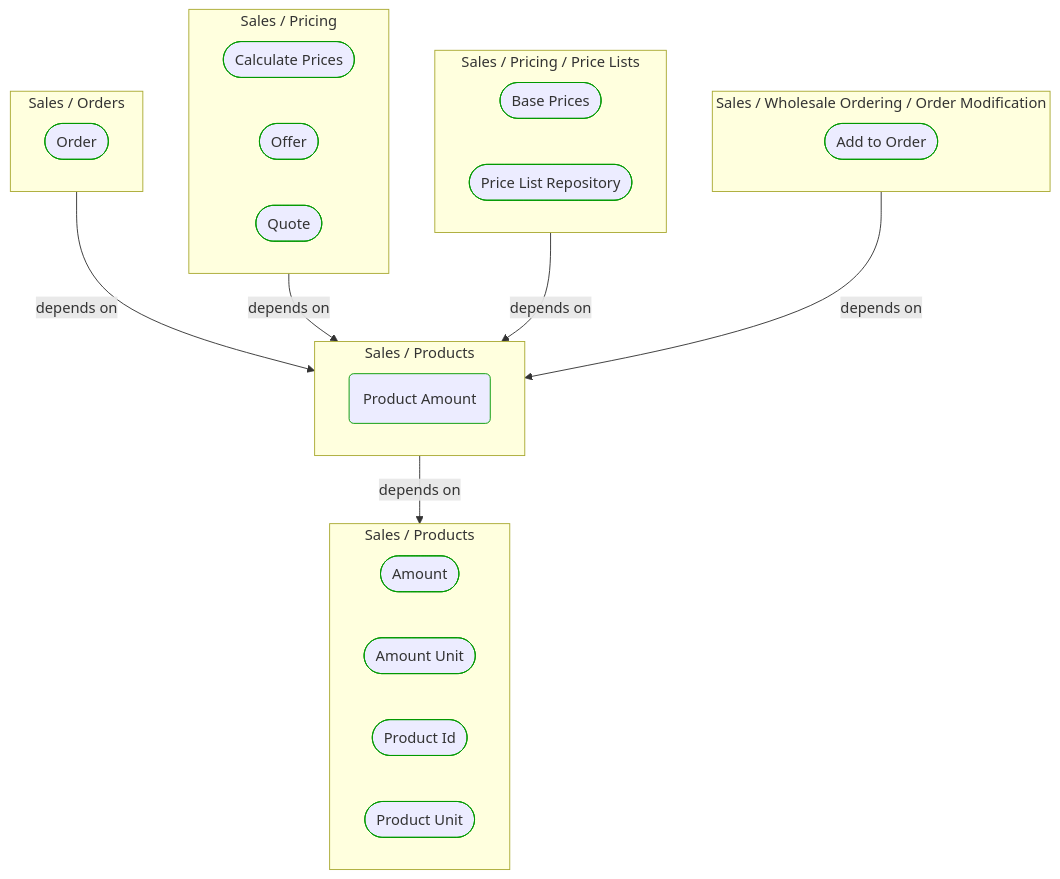
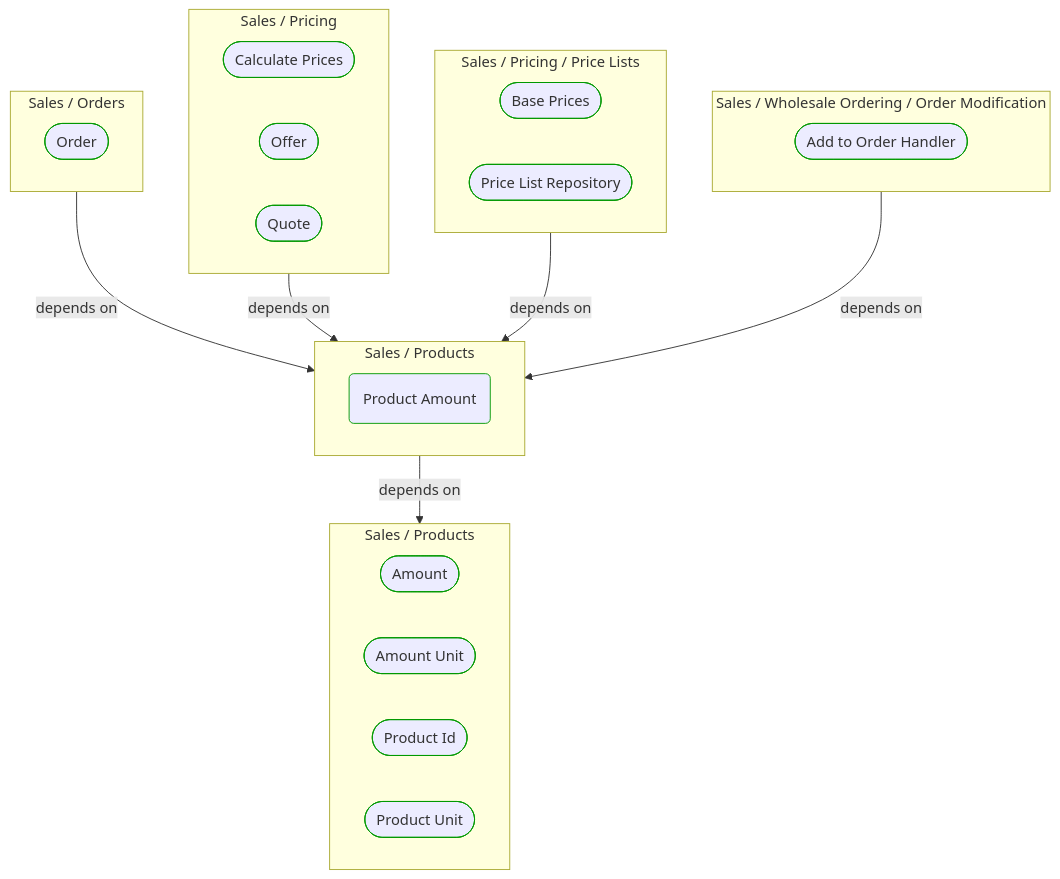
Before and after one commit to itlibrium/DDD-starter-dotnet: the first of 2 diagrams in Docs/P3/MermaidOutput/Domain/Concepts/Sales/Products/ProductAmount.md, drawn with Mermaid. The commit also changed other lines of this file and 89 other files, not shown here.

````diff
--- a/Docs/P3/MermaidOutput/Domain/Concepts/Sales/Products/ProductAmount.md
+++ b/Docs/P3/MermaidOutput/Domain/Concepts/Sales/Products/ProductAmount.md
@@ -20,47 +20,47 @@
 ```mermaid
   flowchart TB
     subgraph 0["Sales / Orders"]
       1([Order])
       class 1 DomainPerspective
     end
     subgraph 2["Sales / Pricing"]
       3([Calculate Prices])
       class 3 DomainPerspective
       4([Offer])
       class 4 DomainPerspective
       5([Quote])
       class 5 DomainPerspective
     end
     subgraph 6["Sales / Pricing / Price Lists"]
       7([Base Prices])
       class 7 DomainPerspective
       8([Price List Repository])
       class 8 DomainPerspective
     end
     subgraph 9["Sales / Wholesale Ordering / Order Modification"]
-      10([Add to Order])
+      10([Add to Order Handler])
       class 10 DomainPerspective
     end
     subgraph 11["Sales / Products"]
       12(Product Amount)
       class 12 DomainPerspective
     end
     subgraph 13["Sales / Products"]
       14([Amount])
       class 14 DomainPerspective
       15([Amount Unit])
       class 15 DomainPerspective
       16([Product Id])
       class 16 DomainPerspective
       17([Product Unit])
       class 17 DomainPerspective
     end
     0-->|depends on|11
     2-->|depends on|11
     6-->|depends on|11
     9-->|depends on|11
     11-->|depends on|13
     classDef DomainPerspective stroke:#009900
     classDef TechnologyPerspective stroke:#1F41EB
     classDef PeoplePerspective stroke:#FFF014
 ```
````
